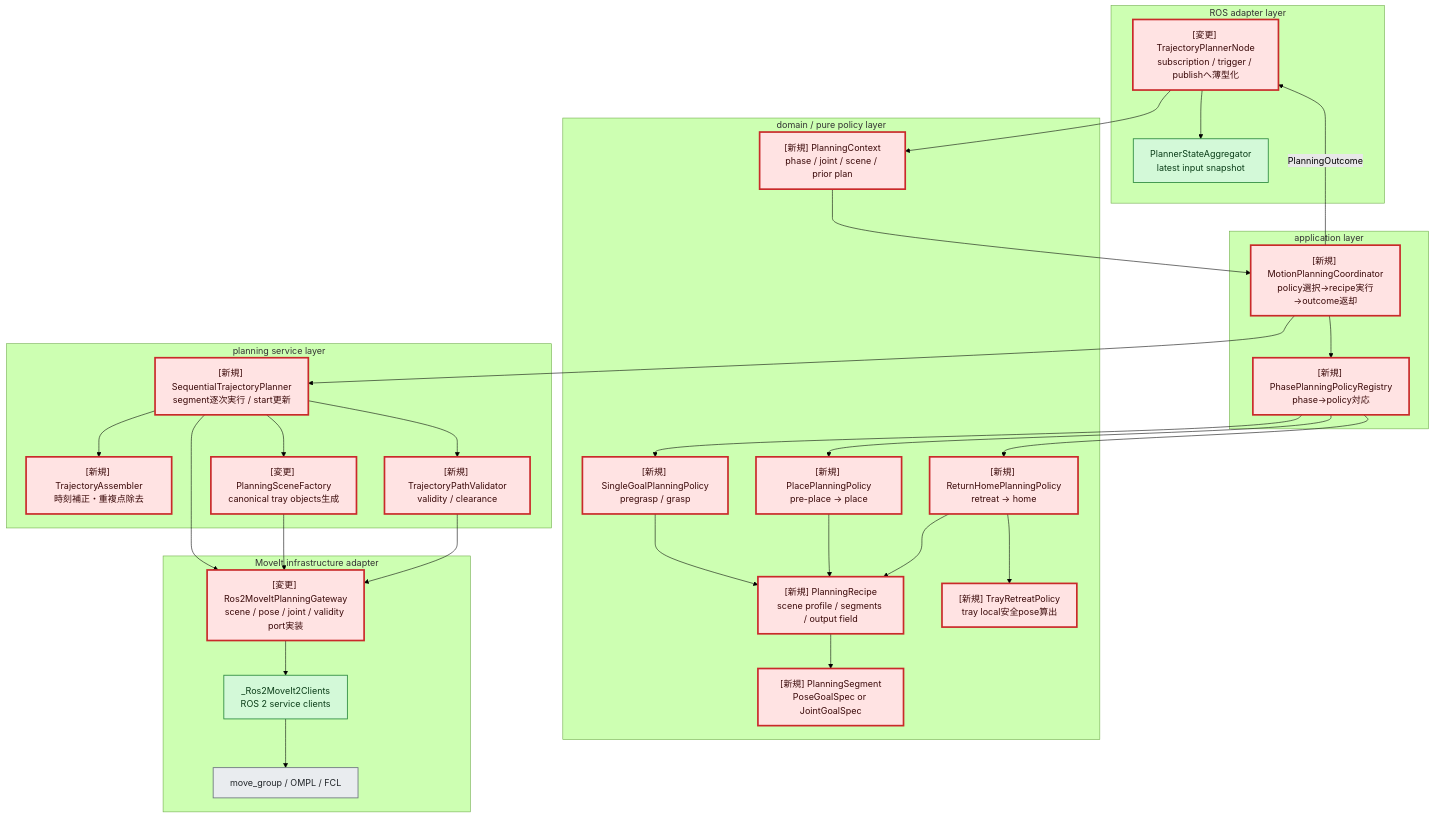
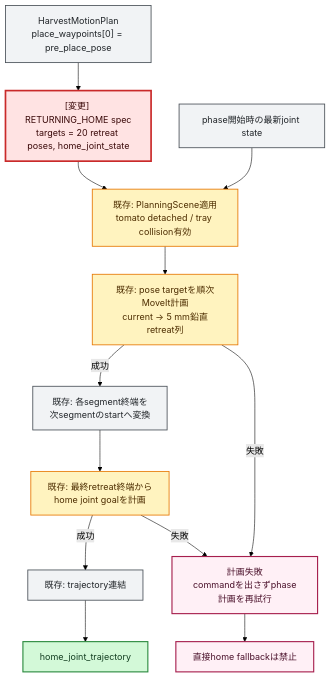
Before and after one commit to akodama428/trial_issac_sim: the second of 2 diagrams in docs/reports/physics_levelup/step3-14_returning_home_tray_collision_avoidance_plan.md, drawn with Mermaid (forest theme). The commit also changed other lines of this file and 4 other files, not shown here.

Commit message:
Avoid tray contact during return home (#65)

````diff
--- a/docs/reports/physics_levelup/step3-14_returning_home_tray_collision_avoidance_plan.md
+++ b/docs/reports/physics_levelup/step3-14_returning_home_tray_collision_avoidance_plan.md
@@ -319,61 +332,34 @@
 ```mermaid
 flowchart TB
+    classDef current fill:#f1f3f5,stroke:#495057,stroke-width:1.5px,color:#212529;
     classDef changed fill:#ffe3e3,stroke:#c92a2a,stroke-width:3px,color:#3b0a0a;
-    classDef existing fill:#d3f9d8,stroke:#2b8a3e,stroke-width:1.5px,color:#0b3d18;
-    classDef outscope fill:#e9ecef,stroke:#6c757d,stroke-width:1.5px,color:#212529;
+    classDef moveit fill:#fff3bf,stroke:#e67700,stroke-width:1.5px,color:#4d2d00;
+    classDef safe fill:#d3f9d8,stroke:#2b8a3e,stroke-width:2px,color:#123d20;
+    classDef failure fill:#fff0f6,stroke:#a61e4d,stroke-width:2px,color:#4a102a;
 
-    subgraph ROS["ROS adapter layer"]
-        NODE["[変更] TrajectoryPlannerNode<br/>subscription / trigger / publishへ薄型化"]:::changed
-        STATE["PlannerStateAggregator<br/>latest input snapshot"]:::existing
-    end
+    PLAN["HarvestMotionPlan<br/>place_waypoints[0] = pre_place_pose"]:::current
+    SPEC["[変更] RETURNING_HOME spec<br/>targets = 20 retreat poses, home_joint_state"]:::changed
+    START["phase開始時の最新joint state"]:::current
 
-    subgraph APP["application layer"]
-        COORD["[新規] MotionPlanningCoordinator<br/>policy選択→recipe実行→outcome返却"]:::changed
-        REG["[新規] PhasePlanningPolicyRegistry<br/>phase→policy対応"]:::changed
-    end
+    APPLY["既存: PlanningScene適用<br/>tomato detached / tray collision有効"]:::moveit
+    SEG1["既存: pose targetを順次MoveIt計画<br/>current → 5 mm鉛直retreat列"]:::moveit
+    END1["既存: 各segment終端を<br/>次segmentのstartへ変換"]:::current
+    SEG2["既存: 最終retreat終端から<br/>home joint goalを計画"]:::moveit
+    CONCAT["既存: trajectory連結"]:::current
+    OUTPUT["home_joint_trajectory"]:::safe
 
-    subgraph POLICY["domain / pure policy layer"]
-        CONTEXT["[新規] PlanningContext<br/>phase / joint / scene / prior plan"]:::changed
-        RECIPE["[新規] PlanningRecipe<br/>scene profile / segments / output field"]:::changed
-        SEGMENT["[新規] PlanningSegment<br/>PoseGoalSpec or JointGoalSpec"]:::changed
-        SINGLE["[新規] SingleGoalPlanningPolicy<br/>pregrasp / grasp"]:::changed
-        PLACE["[新規] PlacePlanningPolicy<br/>pre-place → place"]:::changed
-        HOME["[新規] ReturnHomePlanningPolicy<br/>retreat → home"]:::changed
-        RETREAT["[新規] TrayRetreatPolicy<br/>tray local安全pose算出"]:::changed
-    end
+    RETRY["計画失敗<br/>commandを出さずphase計画を再試行"]:::failure
+    NO_DIRECT["直接home fallbackは禁止"]:::failure
 
-    subgraph SERVICE["planning service layer"]
-        SEQ["[新規] SequentialTrajectoryPlanner<br/>segment逐次実行 / start更新"]:::changed
-        ASSEMBLE["[新規] TrajectoryAssembler<br/>時刻補正・重複点除去"]:::changed
-        VALIDATE["[新規] TrajectoryPathValidator<br/>validity / clearance"]:::changed
-        SCENE["[変更] PlanningSceneFactory<br/>canonical tray objects生成"]:::changed
-    end
-
-    subgraph INFRA["MoveIt infrastructure adapter"]
-        GATEWAY["[変更] Ros2MoveItPlanningGateway<br/>scene / pose / joint / validity port実装"]:::changed
-        CLIENTS["_Ros2MoveIt2Clients<br/>ROS 2 service clients"]:::existing
-        MOVEGROUP["move_group / OMPL / FCL"]:::outscope
-    end
-
-    NODE --> STATE
-    NODE --> CONTEXT
-    CONTEXT --> COORD
-    COORD --> REG
-    REG --> SINGLE
-    REG --> PLACE
-    REG --> HOME
-    SINGLE --> RECIPE
-    PLACE --> RECIPE
-    HOME --> RETREAT
-    HOME --> RECIPE
-    RECIPE --> SEGMENT
-    COORD --> SEQ
-    SEQ --> SCENE
-    SEQ --> GATEWAY
-    SEQ --> ASSEMBLE
-    SEQ --> VALIDATE
-    SCENE --> GATEWAY
-    VALIDATE --> GATEWAY
-    GATEWAY --> CLIENTS --> MOVEGROUP
-    COORD -->|PlanningOutcome| NODE
+    PLAN --> SPEC
+    START --> APPLY
+    SPEC --> APPLY
+    APPLY --> SEG1
+    SEG1 -->|成功| END1
+    END1 --> SEG2
+    SEG2 -->|成功| CONCAT
+    CONCAT --> OUTPUT
+    SEG1 -->|失敗| RETRY
+    SEG2 -->|失敗| RETRY
+    RETRY --> NO_DIRECT
 ```
````
